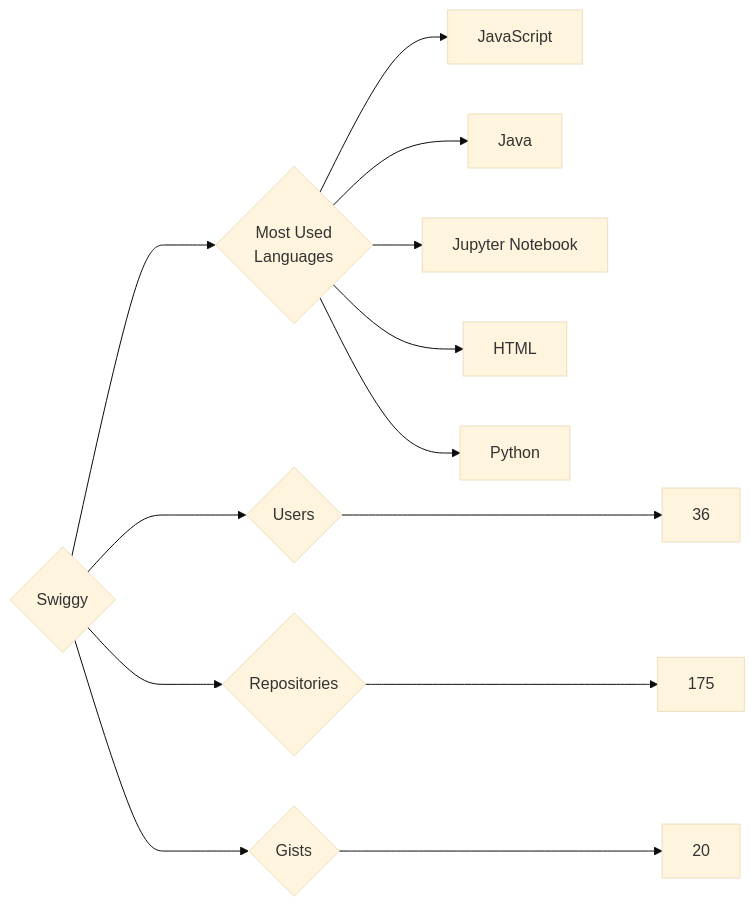
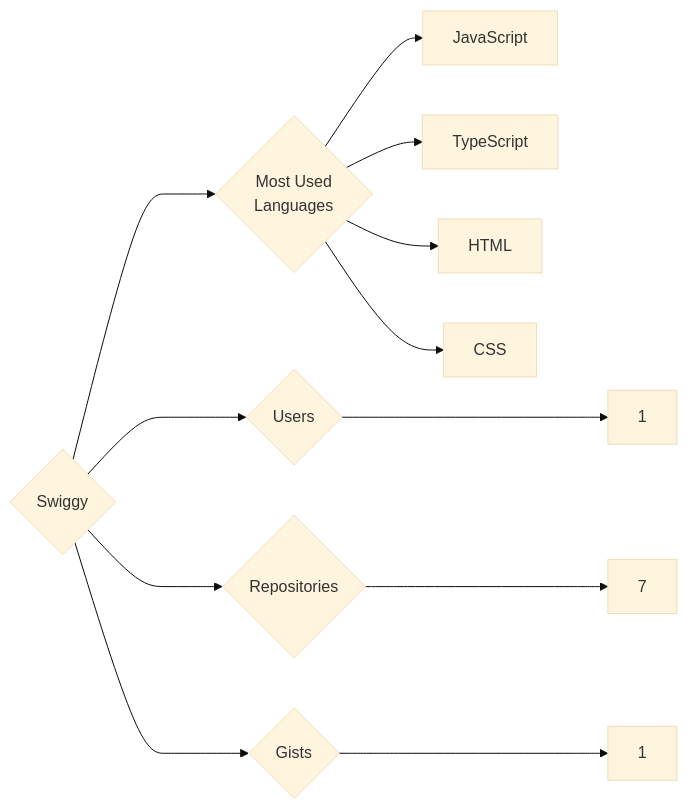
One commit to trickest/insiders changed the diagram in targets/Swiggy/README.md. Above: the diagram before and after it, drawn with Mermaid (base theme). The commit also changed 871 other files, not shown here.

````diff
--- a/targets/Swiggy/README.md
+++ b/targets/Swiggy/README.md
@@ -3,13 +3,12 @@
 ```mermaid
 graph LR
 COMPANY_NAME{Swiggy}
-COMPANY_NAME ---> U{Users} ---> UN[36]
-COMPANY_NAME ---> R{Repositories} ---> RN[175]
-COMPANY_NAME ---> G{Gists} ---> GN[20]
+COMPANY_NAME ---> U{Users} ---> UN[1]
+COMPANY_NAME ---> R{Repositories} ---> RN[7]
+COMPANY_NAME ---> G{Gists} ---> GN[1]
 COMPANY_NAME ---> ML{Most Used<br>Languages}
 ML --> JavaScript[JavaScript]
-ML --> Java[Java]
-ML --> Jupyter_Notebook[Jupyter Notebook]
+ML --> TypeScript[TypeScript]
 ML --> HTML[HTML]
-ML --> Python[Python]
+ML --> CSS[CSS]
 ```
````
